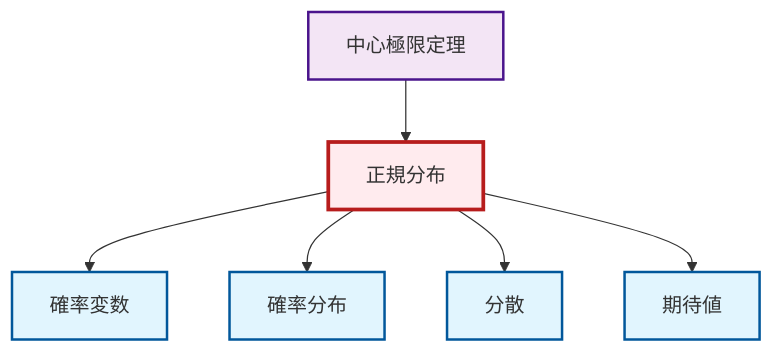
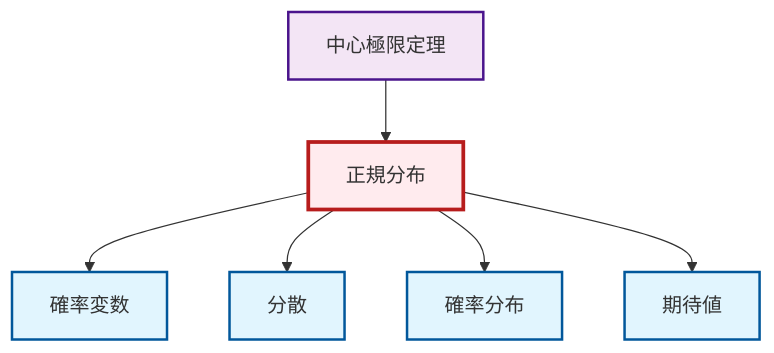
The diagram in output/mermaid/ja/def-normal-distribution.mermaid (RK0429/ModernMath), drawn with Mermaid before and after one commit. The commit also changed other lines of this file and 3104 other files, not shown here.

```diff
--- a/output/mermaid/ja/def-normal-distribution.mermaid
+++ b/output/mermaid/ja/def-normal-distribution.mermaid
@@ -1,18 +1,18 @@
 graph TD
     classDef definition fill:#e1f5fe,stroke:#01579b,stroke-width:2px
     classDef theorem fill:#f3e5f5,stroke:#4a148c,stroke-width:2px
     classDef axiom fill:#fff3e0,stroke:#e65100,stroke-width:2px
     classDef example fill:#e8f5e9,stroke:#1b5e20,stroke-width:2px
     classDef current fill:#ffebee,stroke:#b71c1c,stroke-width:3px
+    def-variance["分散"]:::definition
     thm-central-limit["中心極限定理"]:::theorem
-    def-variance["分散"]:::definition
+    def-expectation["期待値"]:::definition
+    def-normal-distribution["正規分布"]:::definition
     def-probability-distribution["確率分布"]:::definition
     def-random-variable["確率変数"]:::definition
-    def-expectation["期待値"]:::definition
-    def-normal-distribution["正規分布"]:::definition
     def-normal-distribution --> def-random-variable
+    thm-central-limit --> def-normal-distribution
+    def-normal-distribution --> def-variance
     def-normal-distribution --> def-probability-distribution
-    def-normal-distribution --> def-variance
-    thm-central-limit --> def-normal-distribution
     def-normal-distribution --> def-expectation
     class def-normal-distribution current
```
